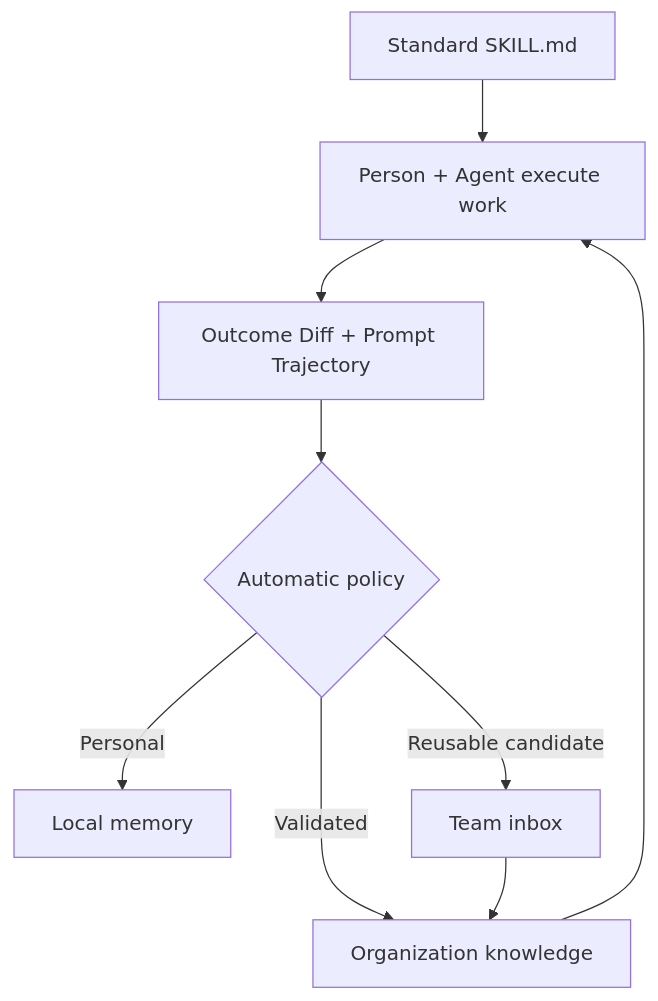
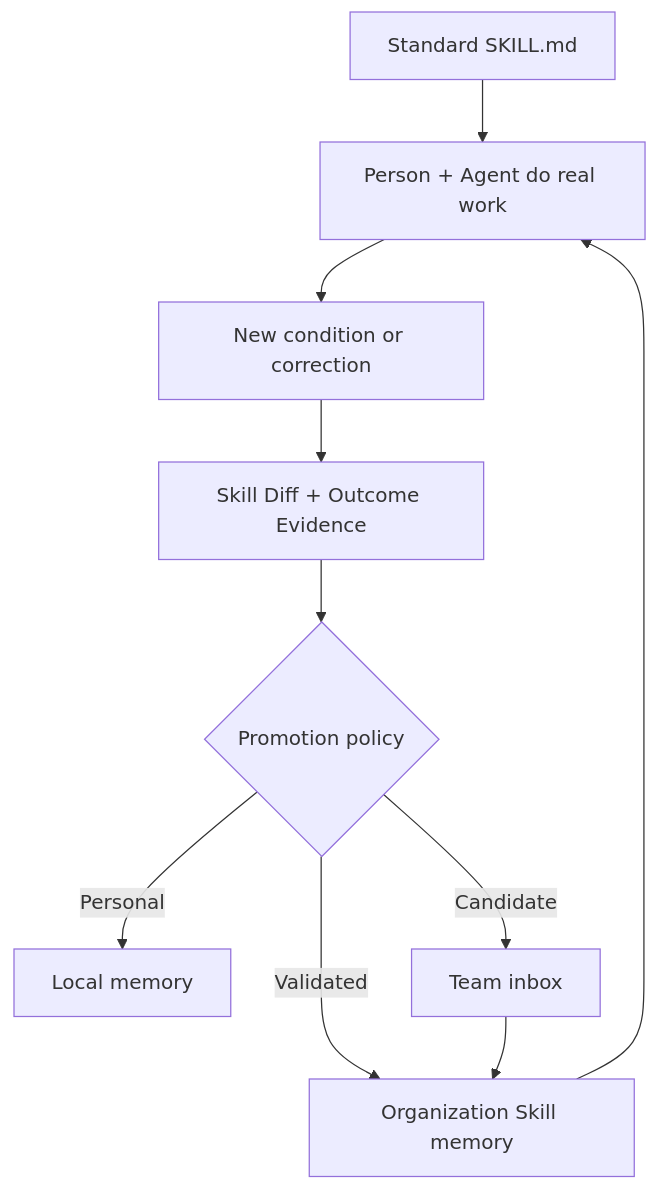
The first of 2 diagrams in README.md (junghoonwoo-stack/context-commit), drawn with Mermaid before and after one commit. The commit also changed other lines of this file, not shown here.

Commit message:
Explain the Skill Diff flywheel

````diff
--- a/README.md
+++ b/README.md
@@ -64,11 +80,12 @@
 ```mermaid
 flowchart TD
-    A["Standard SKILL.md"] --> B["Person + Agent execute work"]
-    B --> C["Outcome Diff + Prompt Trajectory"]
-    C --> D{"Automatic policy"}
-    D -->|Personal| E["Local memory"]
-    D -->|Reusable candidate| F["Team inbox"]
-    D -->|Validated| G["Organization knowledge"]
-    F --> G
-    G --> B
+    A["Standard SKILL.md"] --> B["Person + Agent do real work"]
+    B --> C["New condition or correction"]
+    C --> D["Skill Diff + Outcome Evidence"]
+    D --> E{"Promotion policy"}
+    E -->|Personal| F["Local memory"]
+    E -->|Candidate| G["Team inbox"]
+    E -->|Validated| H["Organization Skill memory"]
+    G --> H
+    H --> B
 ```
````
